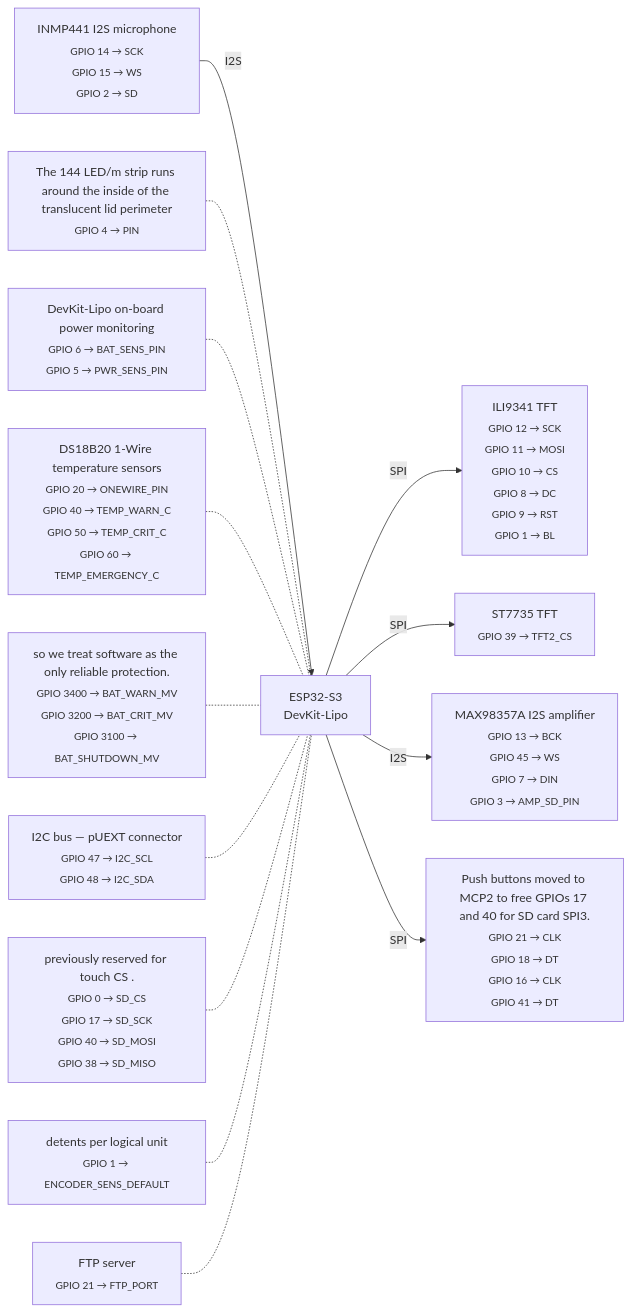
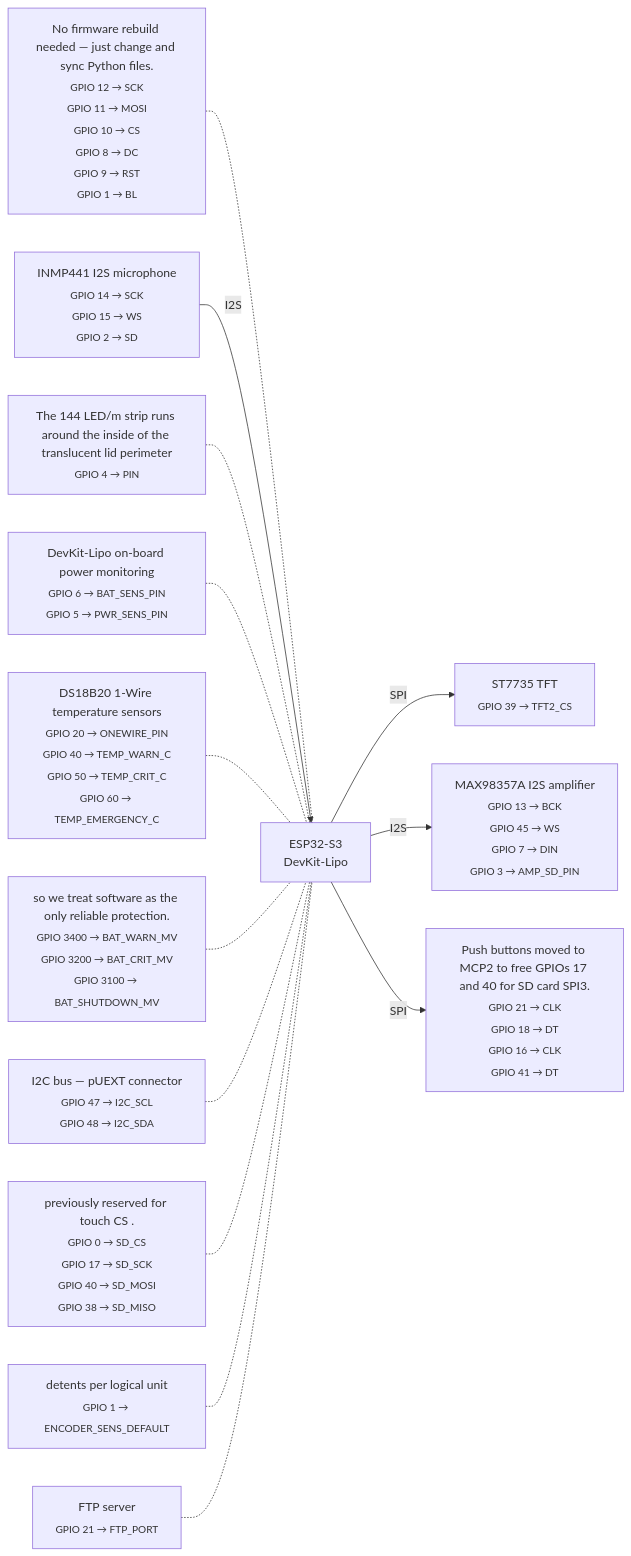
The diagram in docs/wiring.md (mandakan/bodn-esp32), drawn with Mermaid before and after one commit. The commit also changed other lines of this file and 15 other files, not shown here.

````diff
--- a/docs/wiring.md
+++ b/docs/wiring.md
@@ -8,44 +8,44 @@
 ```mermaid
 graph LR
     ESP["ESP32-S3<br/>DevKit-Lipo"]
 
-    ILI9341TFT["ILI9341 TFT<br/><sub>GPIO 12 → SCK<br/>GPIO 11 → MOSI<br/>GPIO 10 → CS<br/>GPIO 8 → DC<br/>GPIO 9 → RST<br/>GPIO 1 → BL</sub>"]
-    ESP -- SPI --> ILI9341TFT
+    NofirmwarerebuildneededjustchangeandsyncPythonfiles["No firmware rebuild needed — just change and sync Python files.<br/><sub>GPIO 12 → SCK<br/>GPIO 11 → MOSI<br/>GPIO 10 → CS<br/>GPIO 8 → DC<br/>GPIO 9 → RST<br/>GPIO 1 → BL</sub>"]
+    NofirmwarerebuildneededjustchangeandsyncPythonfiles -.- ESP
 
     ST7735TFT["ST7735 TFT<br/><sub>GPIO 39 → TFT2_CS</sub>"]
     ESP -- SPI --> ST7735TFT
 
     INMP441I2Smicrophone["INMP441 I2S microphone<br/><sub>GPIO 14 → SCK<br/>GPIO 15 → WS<br/>GPIO 2 → SD</sub>"]
     INMP441I2Smicrophone -- I2S --> ESP
 
     MAX98357AI2Samplifier["MAX98357A I2S amplifier<br/><sub>GPIO 13 → BCK<br/>GPIO 45 → WS<br/>GPIO 7 → DIN<br/>GPIO 3 → AMP_SD_PIN</sub>"]
     ESP -- I2S --> MAX98357AI2Samplifier
 
     PushbuttonsmovedtoMCP2tofreeGPIOs17and40forSDcardSPI3["Push buttons moved to MCP2 to free GPIOs 17 and 40 for SD card SPI3.<br/><sub>GPIO 21 → CLK<br/>GPIO 18 → DT<br/>GPIO 16 → CLK<br/>GPIO 41 → DT</sub>"]
     ESP -- SPI --> PushbuttonsmovedtoMCP2tofreeGPIOs17and40forSDcardSPI3
 
     The144LEDmstriprunsaroundtheinsideofthetranslucentlidperimeter["The 144 LED/m strip runs around the inside of the translucent lid perimeter<br/><sub>GPIO 4 → PIN</sub>"]
     The144LEDmstriprunsaroundtheinsideofthetranslucentlidperimeter -.- ESP
 
     DevKitLipoonboardpowermonitoring["DevKit-Lipo on-board power monitoring<br/><sub>GPIO 6 → BAT_SENS_PIN<br/>GPIO 5 → PWR_SENS_PIN</sub>"]
     DevKitLipoonboardpowermonitoring -.- ESP
 
     DS18B201Wiretemperaturesensors["DS18B20 1-Wire temperature sensors<br/><sub>GPIO 20 → ONEWIRE_PIN<br/>GPIO 40 → TEMP_WARN_C<br/>GPIO 50 → TEMP_CRIT_C<br/>GPIO 60 → TEMP_EMERGENCY_C</sub>"]
     DS18B201Wiretemperaturesensors -.- ESP
 
     sowetreatsoftwareastheonlyreliableprotection["so we treat software as the only reliable protection.<br/><sub>GPIO 3400 → BAT_WARN_MV<br/>GPIO 3200 → BAT_CRIT_MV<br/>GPIO 3100 → BAT_SHUTDOWN_MV</sub>"]
     sowetreatsoftwareastheonlyreliableprotection -.- ESP
 
     I2CbuspUEXTconnector["I2C bus — pUEXT connector<br/><sub>GPIO 47 → I2C_SCL<br/>GPIO 48 → I2C_SDA</sub>"]
     I2CbuspUEXTconnector -.- ESP
 
     previouslyreservedfortouchCS["previously reserved for touch CS .<br/><sub>GPIO 0 → SD_CS<br/>GPIO 17 → SD_SCK<br/>GPIO 40 → SD_MOSI<br/>GPIO 38 → SD_MISO</sub>"]
     previouslyreservedfortouchCS -.- ESP
 
     detentsperlogicalunit["detents per logical unit<br/><sub>GPIO 1 → ENCODER_SENS_DEFAULT</sub>"]
     detentsperlogicalunit -.- ESP
 
     FTPserver["FTP server<br/><sub>GPIO 21 → FTP_PORT</sub>"]
     FTPserver -.- ESP
 
 ```
````
